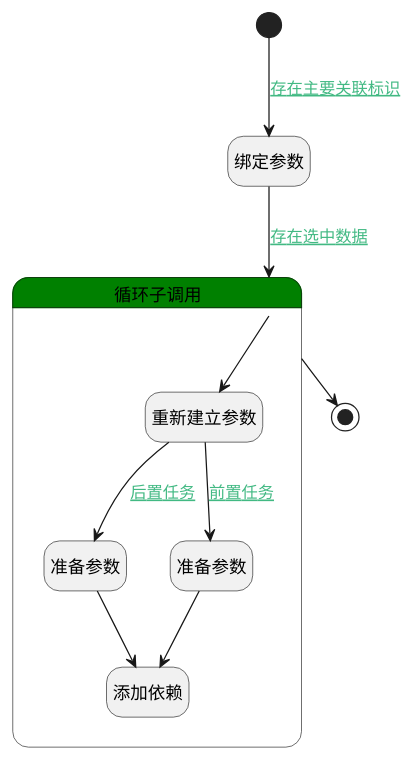
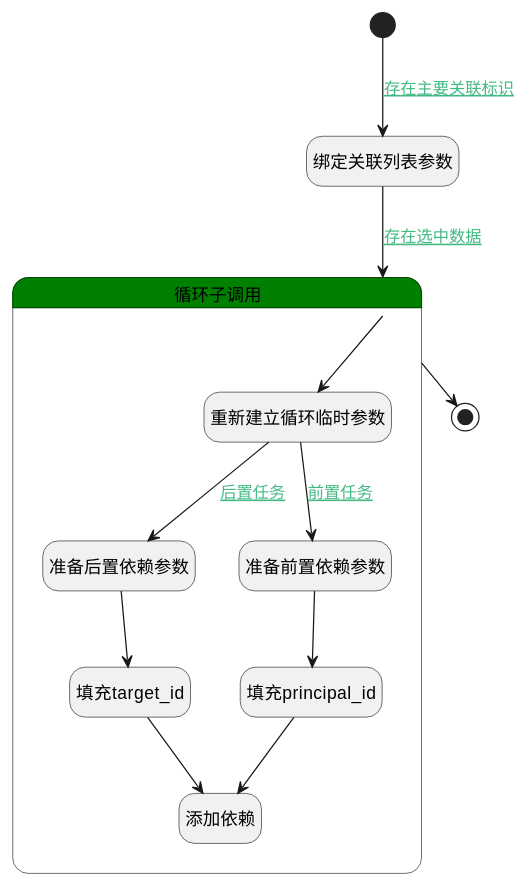
Before and after one commit to iBizLab/plm: the diagram in doc/docsify/module/Base/relation/logic/add_dependency.md, drawn with PlantUML. The commit also changed other lines of this file and 1778 other files, not shown here.

````diff
--- a/doc/docsify/module/Base/relation/logic/add_dependency.md
+++ b/doc/docsify/module/Base/relation/logic/add_dependency.md
@@ -7,33 +7,37 @@
 ```plantuml
 @startuml
 hide empty description
 <style>
 root {
   HyperlinkColor #42b983
 }
 </style>
 
 hide empty description
 state "开始" as Begin <<start>> [[$./add_dependency#begin {"开始"}]]
-state "绑定参数" as BINDPARAM1  [[$./add_dependency#bindparam1 {"绑定参数"}]]
+state "绑定关联列表参数" as BINDPARAM1  [[$./add_dependency#bindparam1 {"绑定关联列表参数"}]]
 state "结束" as END1 <<end>> [[$./add_dependency#end1 {"结束"}]]
 state "循环子调用" as LOOPSUBCALL1  [[$./add_dependency#loopsubcall1 {"循环子调用"}]] #green {
-state "重新建立参数" as RENEWPARAM1  [[$./add_dependency#renewparam1 {"重新建立参数"}]]
-state "准备参数" as PREPAREPARAM2  [[$./add_dependency#prepareparam2 {"准备参数"}]]
-state "准备参数" as PREPAREPARAM1  [[$./add_dependency#prepareparam1 {"准备参数"}]]
+state "重新建立循环临时参数" as RENEWPARAM1  [[$./add_dependency#renewparam1 {"重新建立循环临时参数"}]]
+state "准备后置依赖参数" as PREPAREPARAM2  [[$./add_dependency#prepareparam2 {"准备后置依赖参数"}]]
+state "填充target_id" as RAWSFCODE2  [[$./add_dependency#rawsfcode2 {"填充target_id"}]]
+state "准备前置依赖参数" as PREPAREPARAM1  [[$./add_dependency#prepareparam1 {"准备前置依赖参数"}]]
+state "填充principal_id" as RAWSFCODE1  [[$./add_dependency#rawsfcode1 {"填充principal_id"}]]
 state "添加依赖" as DEACTION1  [[$./add_dependency#deaction1 {"添加依赖"}]]
 }
 
 
 Begin --> BINDPARAM1 : [[$./add_dependency#begin-bindparam1{存在主要关联标识} 存在主要关联标识]]
 BINDPARAM1 --> LOOPSUBCALL1 : [[$./add_dependency#bindparam1-loopsubcall1{存在选中数据} 存在选中数据]]
 LOOPSUBCALL1 --> RENEWPARAM1
 RENEWPARAM1 --> PREPAREPARAM2 : [[$./add_dependency#renewparam1-prepareparam2{后置任务} 后置任务]]
-PREPAREPARAM2 --> DEACTION1
+PREPAREPARAM2 --> RAWSFCODE2
+RAWSFCODE2 --> DEACTION1
 RENEWPARAM1 --> PREPAREPARAM1 : [[$./add_dependency#renewparam1-prepareparam1{前置任务} 前置任务]]
-PREPAREPARAM1 --> DEACTION1
+PREPAREPARAM1 --> RAWSFCODE1
+RAWSFCODE1 --> DEACTION1
 LOOPSUBCALL1 --> END1
 
 
 @enduml
 ```
````
